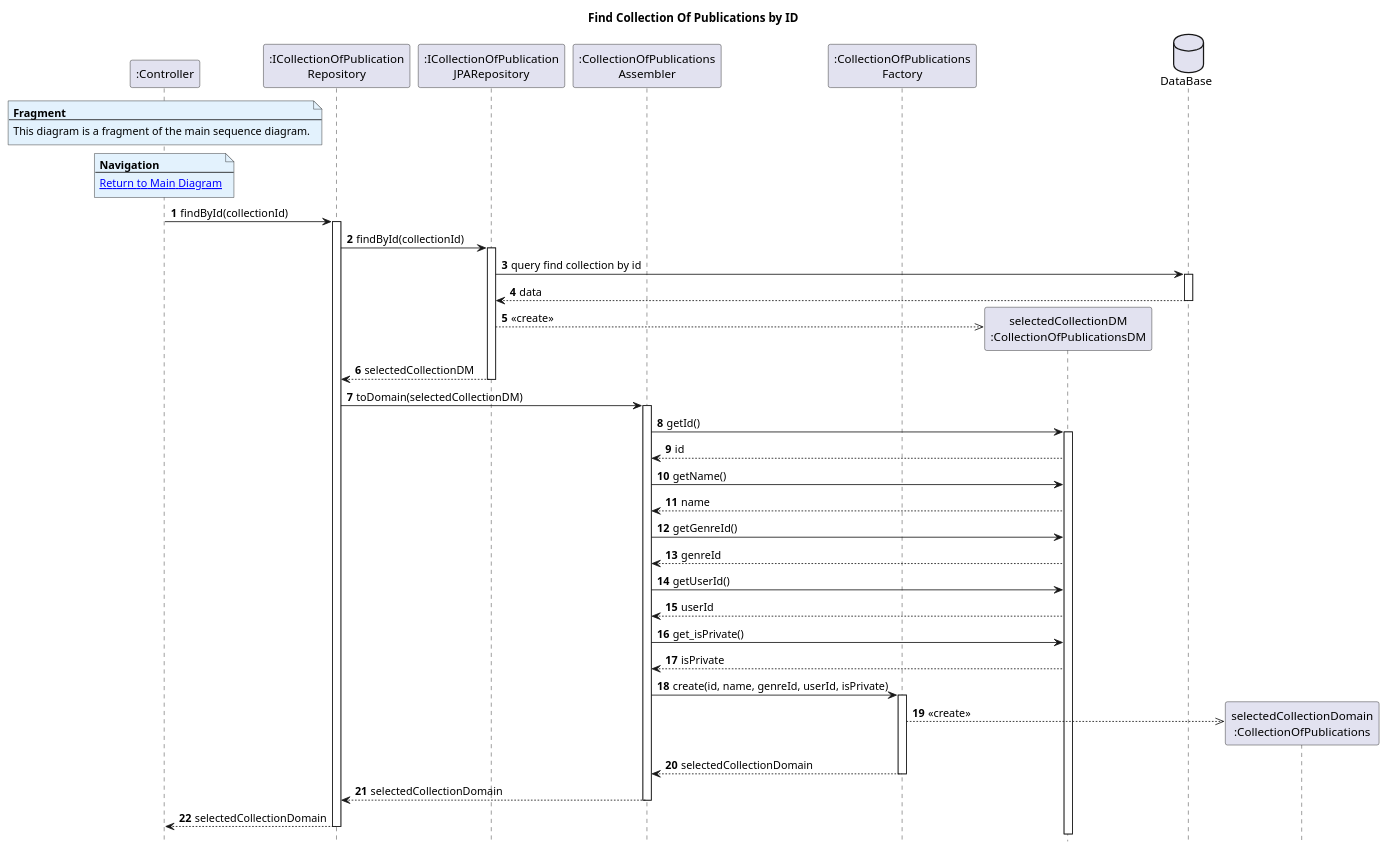
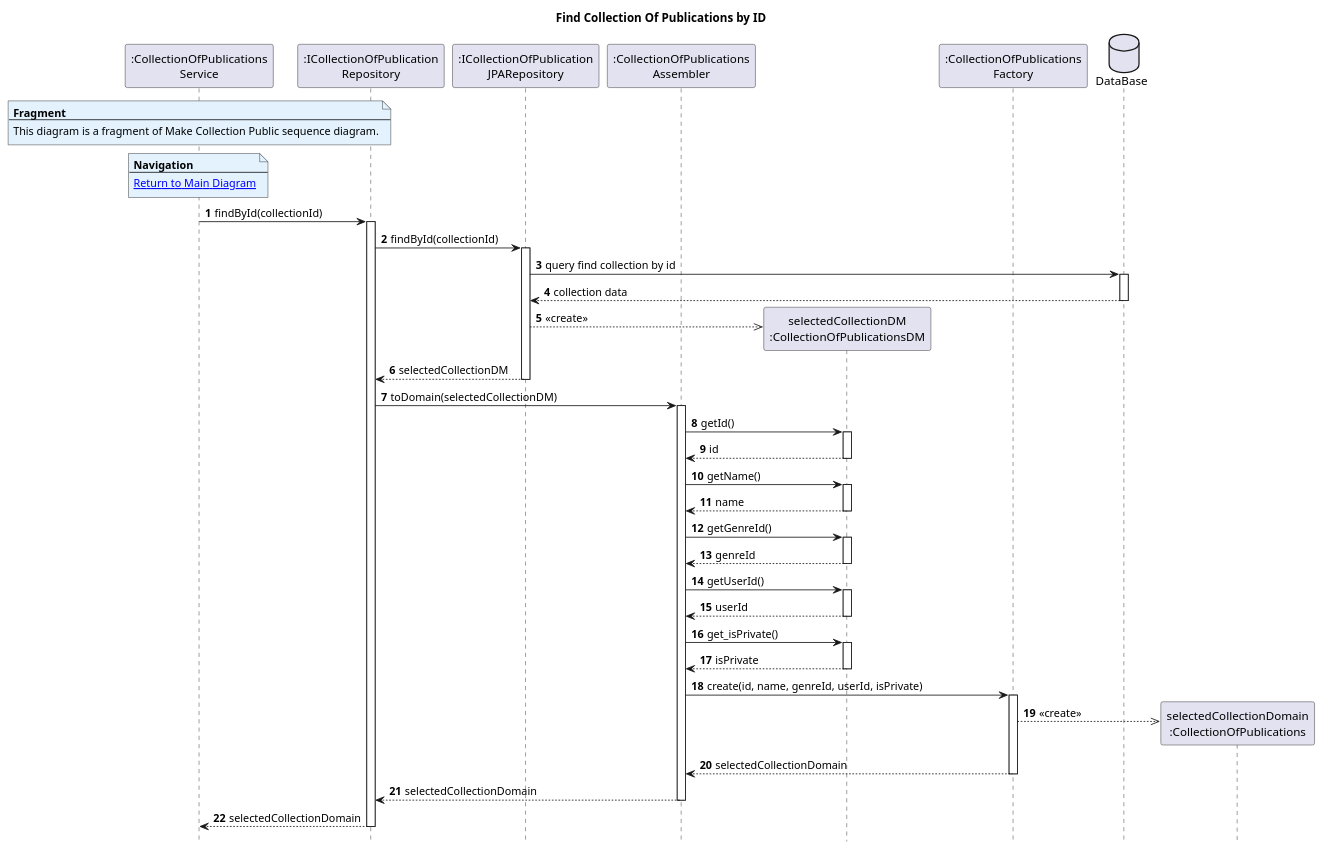
Before and after one commit to AndrePereiraGitH/SWitCH-Project-Team_A: the diagram in Diagrams/SequenceDiagrams/N2/To-publicly-share-collection-of-publications/4.Find-collection-by-id.puml, drawn with PlantUML. The commit also changed 2 other files, not shown here.

Commit message:
docs #770: update Sequence diagrams, makePublic method in Service

```diff
--- a/Diagrams/SequenceDiagrams/N2/To-publicly-share-collection-of-publications/4.Find-collection-by-id.puml
+++ b/Diagrams/SequenceDiagrams/N2/To-publicly-share-collection-of-publications/4.Find-collection-by-id.puml
@@ -1,75 +1,85 @@
 @startuml
 
 hide footbox
 autonumber
 
 title "Find Collection Of Publications by ID"
 
-participant ":Controller" as Controller
+participant ":CollectionOfPublications\nService" as service
 participant ":ICollectionOfPublication\nRepository" as CollectionRepository
 participant ":ICollectionOfPublication\nJPARepository" as collectionRepositoryJPA
 participant ":CollectionOfPublications\nAssembler" as collectionAssembler
+participant "selectedCollectionDM\n:CollectionOfPublicationsDM" as selectedCollectionDM
+
 participant ":CollectionOfPublications\nFactory" as collectionsFactory
-participant "selectedCollectionDM\n:CollectionOfPublicationsDM" as selectedCollectionDM
 database DataBase as db
 participant "selectedCollectionDomain\n:CollectionOfPublications" as selectedCollectionDomain
 
-note over Controller #E3F2FD
+note over service #E3F2FD
 <b>Fragment</b>
 ---
-This diagram is a fragment of the main sequence diagram.
+This diagram is a fragment of Make Collection Public sequence diagram.
 end note
 
-note over Controller #E3F2FD
+note over service #E3F2FD
 <b>Navigation</b>
 ---
-[[Main-diagram-To-publicly-share-a-list.puml Return to Main Diagram]]
+[[5.Make-collection-public.puml Return to Main Diagram]]
 end note
 
-Controller -> CollectionRepository : findById(collectionId)
+service -> CollectionRepository : findById(collectionId)
 activate CollectionRepository
 
 CollectionRepository -> collectionRepositoryJPA : findById(collectionId)
 activate collectionRepositoryJPA
 
 collectionRepositoryJPA -> db : query find collection by id
 activate db
-db --> collectionRepositoryJPA : data
+db --> collectionRepositoryJPA : collection data
 deactivate db
 
 collectionRepositoryJPA -->> selectedCollectionDM** : <<create>>
 collectionRepositoryJPA --> CollectionRepository : selectedCollectionDM
 deactivate collectionRepositoryJPA
 
 CollectionRepository -> collectionAssembler : toDomain(selectedCollectionDM)
 activate collectionAssembler
 
 collectionAssembler -> selectedCollectionDM : getId()
 activate selectedCollectionDM
 selectedCollectionDM --> collectionAssembler : id
+deactivate selectedCollectionDM
 
 collectionAssembler -> selectedCollectionDM : getName()
+activate selectedCollectionDM
 selectedCollectionDM --> collectionAssembler : name
+deactivate selectedCollectionDM
 
 collectionAssembler -> selectedCollectionDM : getGenreId()
+activate selectedCollectionDM
 selectedCollectionDM --> collectionAssembler : genreId
+deactivate selectedCollectionDM
 
 collectionAssembler -> selectedCollectionDM : getUserId()
+activate selectedCollectionDM
 selectedCollectionDM --> collectionAssembler : userId
+deactivate selectedCollectionDM
 
 collectionAssembler -> selectedCollectionDM : get_isPrivate()
+activate selectedCollectionDM
 selectedCollectionDM --> collectionAssembler : isPrivate
+deactivate selectedCollectionDM
 
 collectionAssembler -> collectionsFactory : create(id, name, genreId, userId, isPrivate)
 activate collectionsFactory
 collectionsFactory -->> selectedCollectionDomain** : <<create>>
 collectionsFactory --> collectionAssembler : selectedCollectionDomain
 deactivate collectionsFactory
 
 collectionAssembler --> CollectionRepository : selectedCollectionDomain
 deactivate collectionAssembler
 
-CollectionRepository --> Controller : selectedCollectionDomain
+CollectionRepository --> service : selectedCollectionDomain
 deactivate CollectionRepository
 
 @enduml
```
